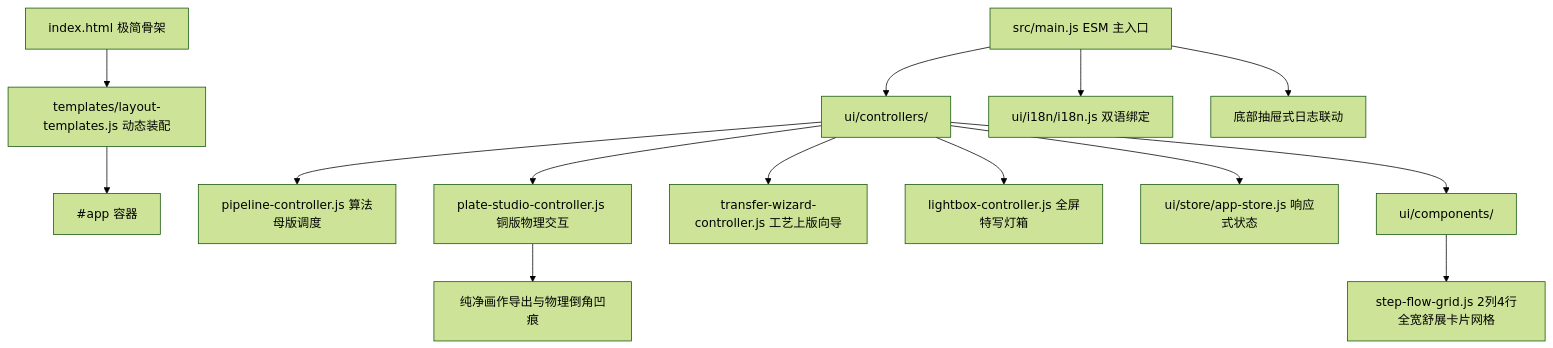
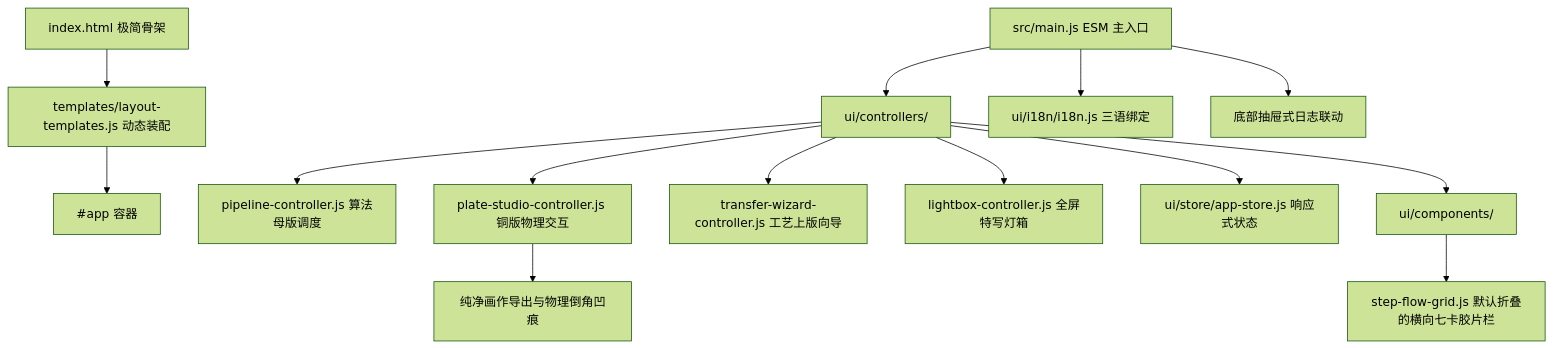
The diagram in src/ui/docs/ARCHITECTURE.md (gongzhimin/Etchloom), drawn with Mermaid (forest theme) before and after one commit. The commit also changed other lines of this file and 43 other files, not shown here.

Commit message:
Align workbench UI and documentation with current two-stage flow

````diff
--- a/src/ui/docs/ARCHITECTURE.md
+++ b/src/ui/docs/ARCHITECTURE.md
@@ -10,19 +10,19 @@
 ```mermaid
 graph TD
     HTML[index.html 极简骨架] --> Mount[templates/layout-templates.js 动态装配]
     Mount --> DOM[#app 容器]
     Main[src/main.js ESM 主入口] --> Controllers[ui/controllers/]
     
     Controllers --> PC[pipeline-controller.js 算法母版调度]
     Controllers --> PSC[plate-studio-controller.js 铜版物理交互]
     Controllers --> TWC[transfer-wizard-controller.js 工艺上版向导]
     Controllers --> LBC[lightbox-controller.js 全屏特写灯箱]
 
     Controllers --> Store[ui/store/app-store.js 响应式状态]
     Controllers --> Components[ui/components/]
-    Components --> Grid[step-flow-grid.js 2列4行全宽舒展卡片网格]
+    Components --> Grid[step-flow-grid.js 默认折叠的横向七卡胶片栏]
 
-    Main --> I18n[ui/i18n/i18n.js 双语绑定]
+    Main --> I18n[ui/i18n/i18n.js 三语绑定]
     Main --> LogDrawer[底部抽屉式日志联动]
     PSC --> PBevel[纯净画作导出与物理倒角凹痕]
 ```
````
